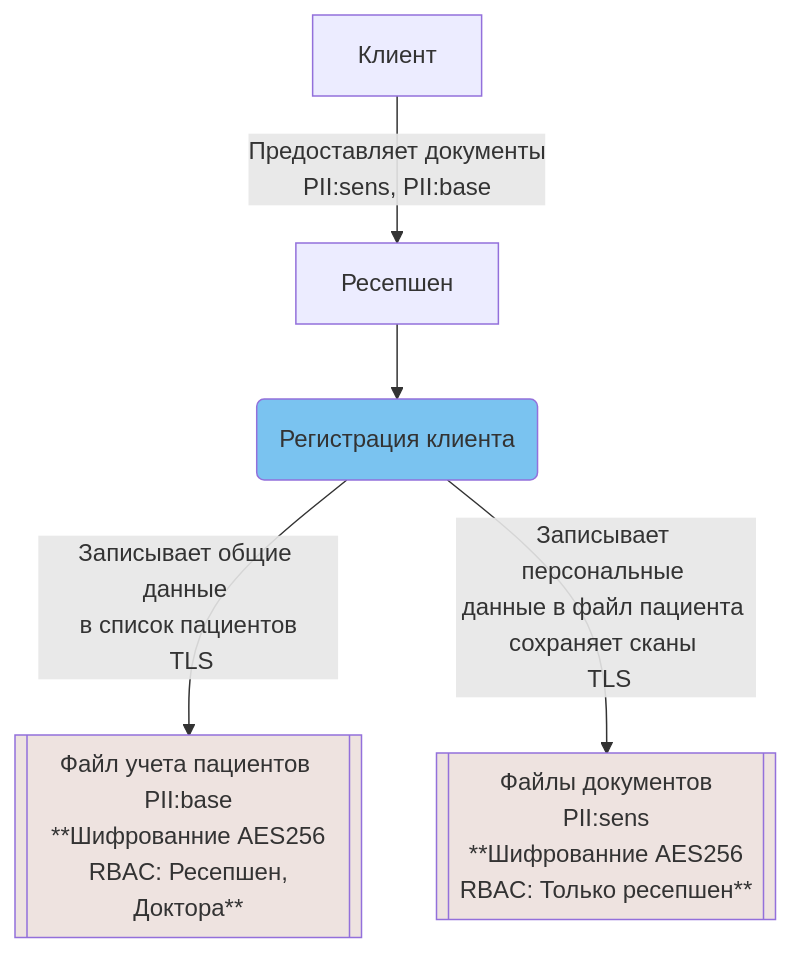
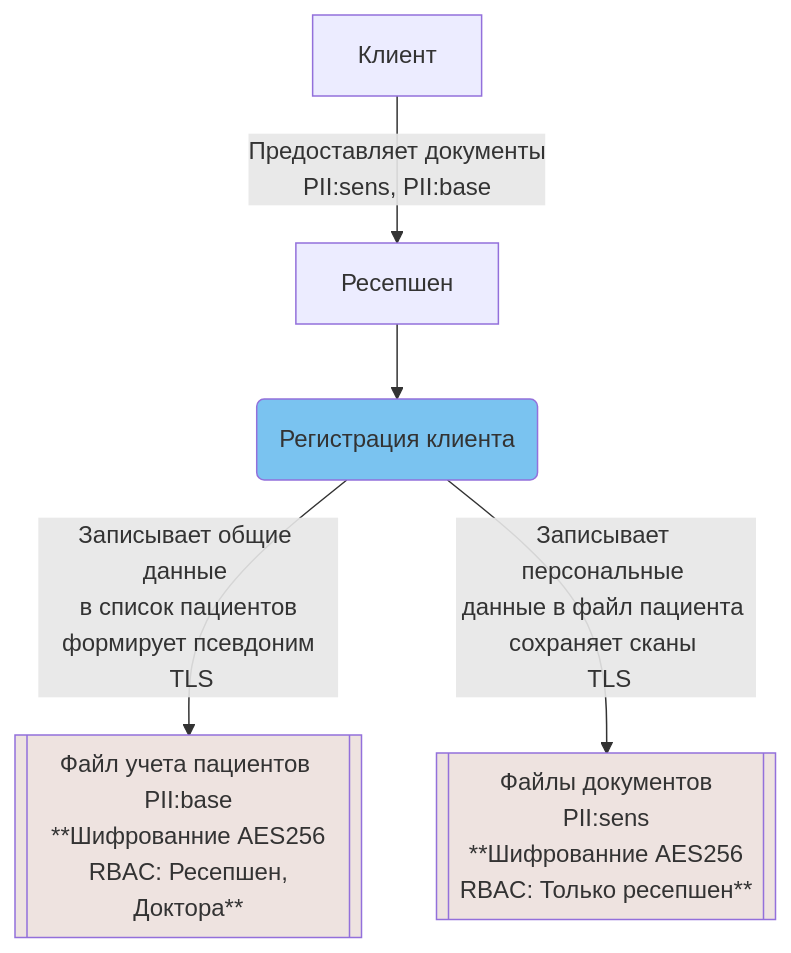
The first of 5 diagrams in Task1/T1_Solution.md (Rzr18/architecture-medikamente), drawn with Mermaid before and after one commit. The commit also changed other lines of this file and 6 other files, not shown here.

````diff
--- a/Task1/T1_Solution.md
+++ b/Task1/T1_Solution.md
@@ -10,20 +10,20 @@
 ```mermaid
 flowchart TD    
     client[Клиент]
     resep[Ресепшен]
 
     pr_register(Регистрация клиента)
     
     D1[[Файл учета пациентов <br> PII:base <br> **Шифрованние AES256 <br> RBAC: Ресепшен, Доктора** ]]
     D2[[Файлы документов <br> PII:sens <br> **Шифрованние AES256 <br> RBAC: Только ресепшен**]]
 
     client -->|"Предоставляет документы <br> PII:sens, PII:base"| resep 
     resep --> pr_register
-    pr_register -->|Записывает общие данные <br> в список пациентов <br> TLS| D1
+    pr_register -->|Записывает общие данные <br> в список пациентов <br> формирует псевдоним <br> TLS| D1
     pr_register -->|Записывает персональные <br>данные в файл пациента <br>сохраняет сканы <br> TLS| D2
 
     classDef process fill:#7ac3f0
     classDef data fill:#eee3e0
     class D1,D2,D3 data
     class pr_register process
 ```
````
